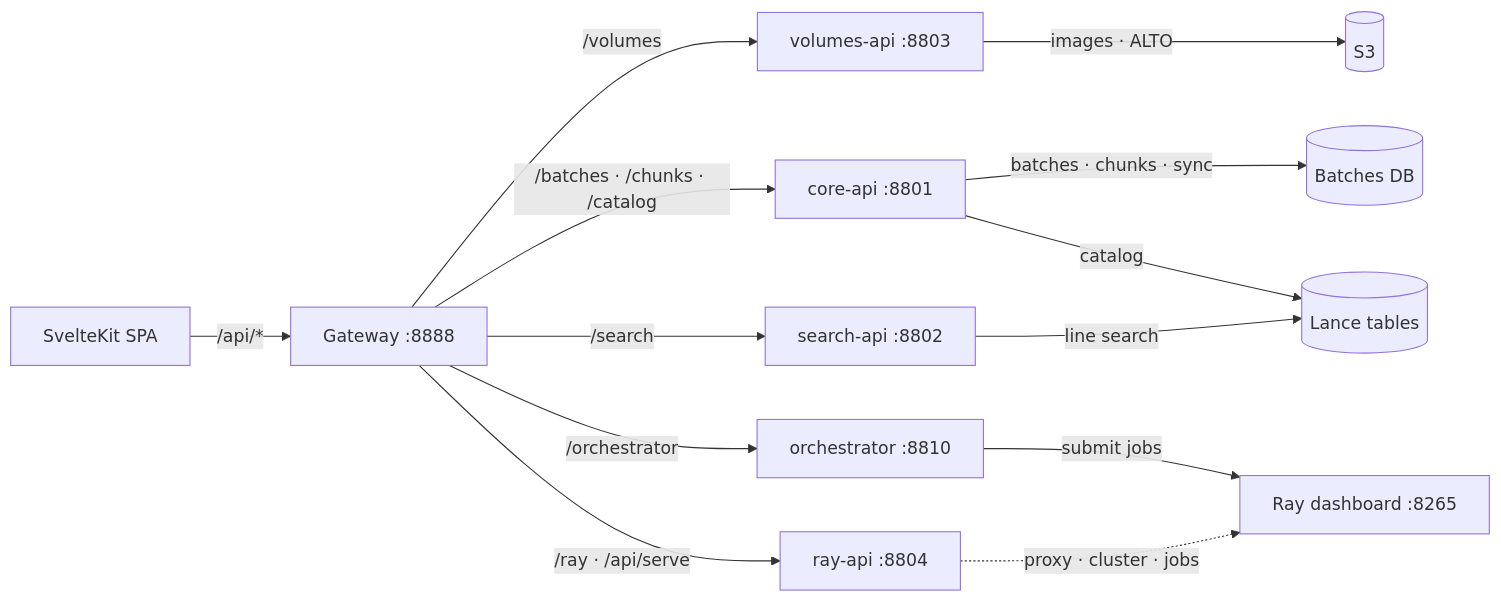
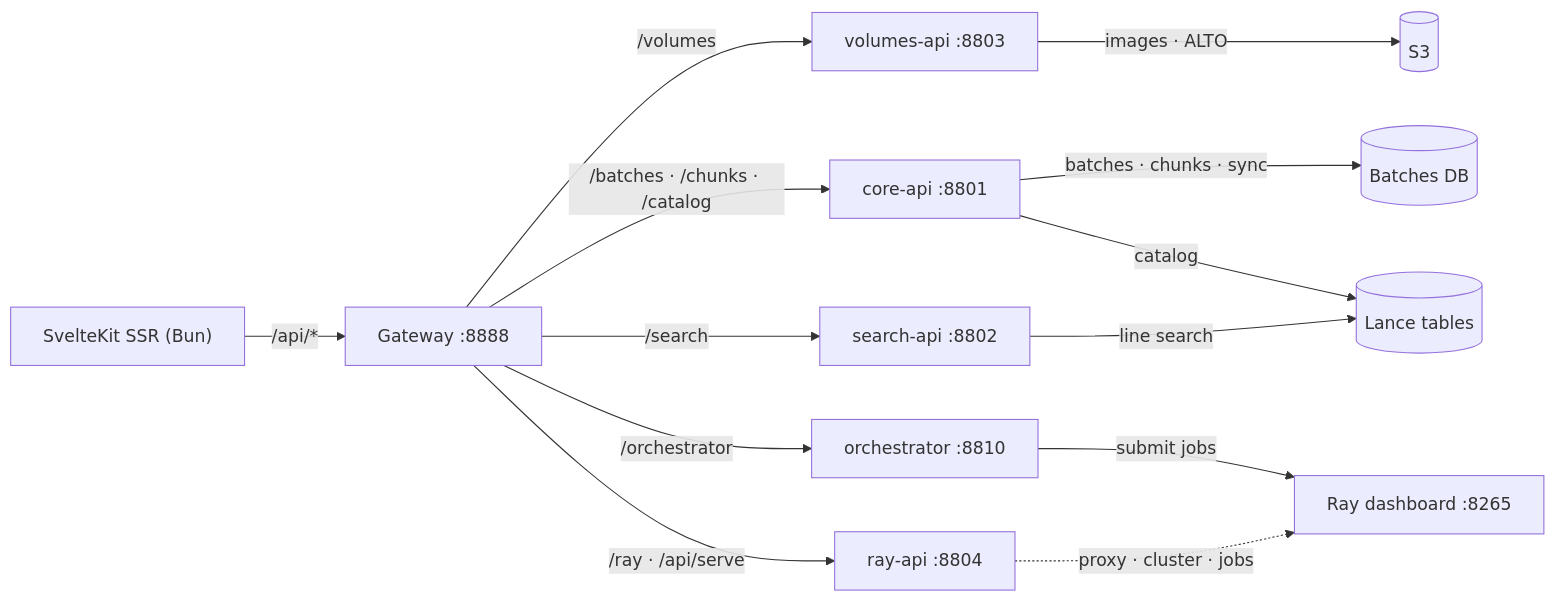
Before and after one commit to AI-Riksarkivet/rask: the third of 3 diagrams in docs/architecture/data-flow.md, drawn with Mermaid. The commit also changed other lines of this file and 20 other files, not shown here.

````diff
--- a/docs/architecture/data-flow.md
+++ b/docs/architecture/data-flow.md
@@ -79,15 +79,15 @@
 ```mermaid
 flowchart LR
-    spa["SvelteKit SPA"] -->|/api/*| gw["Gateway :8888"]
+    spa["SvelteKit SSR (Bun)"] -->|/api/*| gw["Gateway :8888"]
     gw -->|/volumes| vols["volumes-api :8803"]
     gw -->|/batches · /chunks · /catalog| core["core-api :8801"]
     gw -->|/search| srch["search-api :8802"]
     gw -->|/ray · /api/serve| rayapi["ray-api :8804"]
     gw -->|/orchestrator| orch["orchestrator :8810"]
     vols -->|images · ALTO| s3[("S3")]
     core -->|batches · chunks · sync| db[("Batches DB")]
     core -->|catalog| lance[("Lance tables")]
     srch -->|line search| lance
     orch -->|submit jobs| ray["Ray dashboard :8265"]
     rayapi -.->|proxy · cluster · jobs| ray
 ```
````
